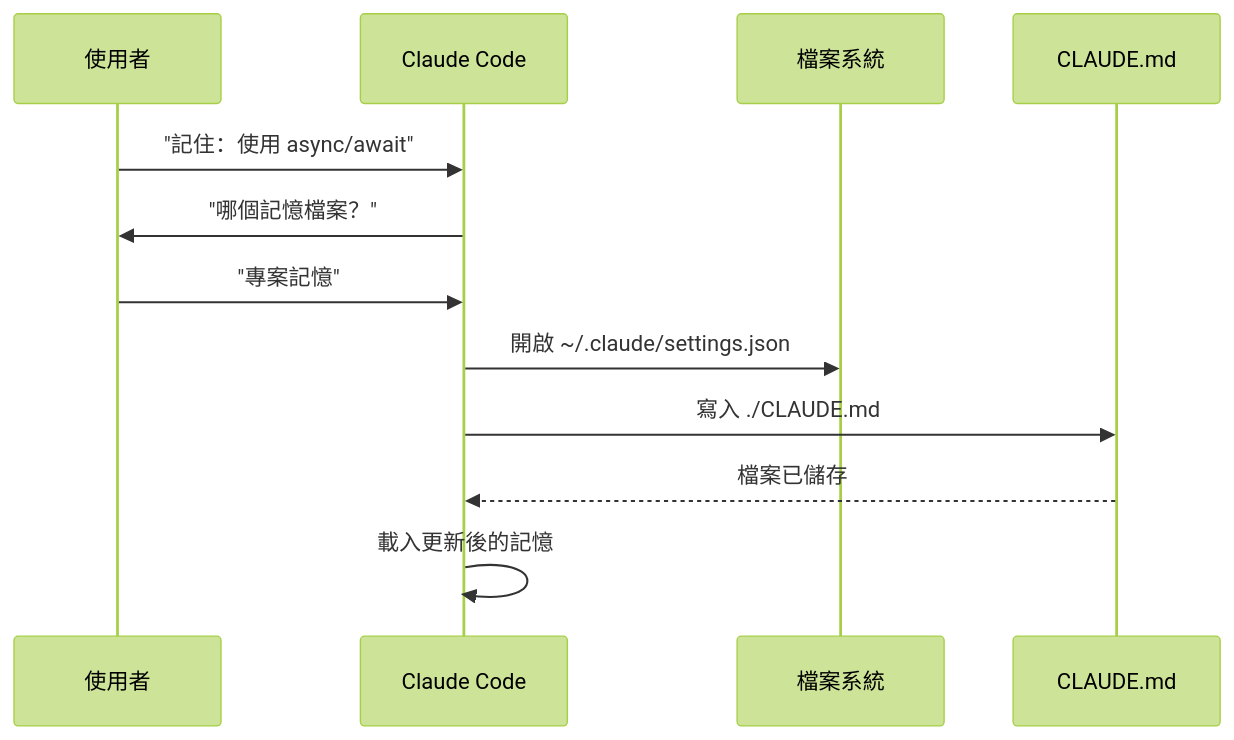
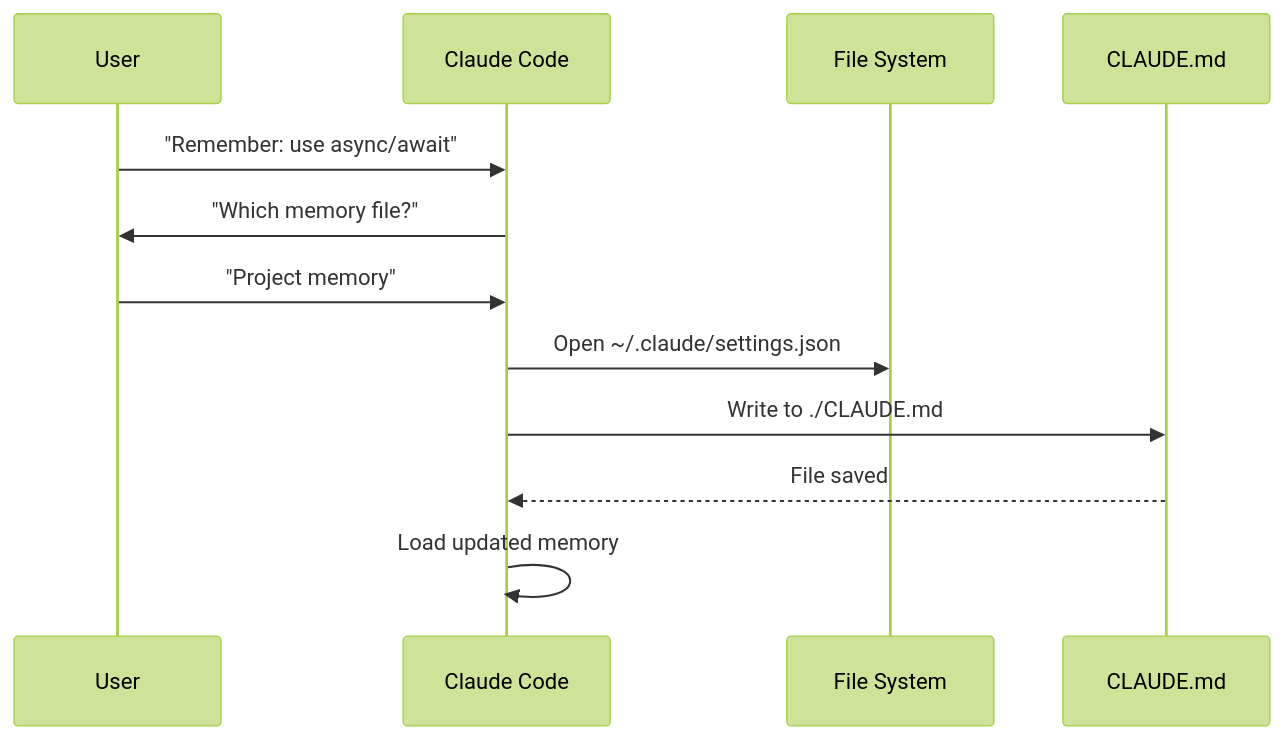
Before and after one commit to huckly/claude-howto-zh-tw: the ninth of 20 diagrams in claude_concepts_guide.md, drawn with Mermaid (forest theme). The commit also changed other lines of this file and 8 other files, not shown here.

````diff
--- a/claude_concepts_guide.md
+++ b/claude_concepts_guide.md
@@ -601,15 +616,15 @@
 ```mermaid
 sequenceDiagram
-    participant 使用者
+    participant User
     participant Claude as Claude Code
-    participant Editor as 檔案系統
+    participant Editor as File System
     participant Memory as CLAUDE.md
 
-    使用者->>Claude: "記住：使用 async/await"
-    Claude->>使用者: "哪個記憶檔案？"
-    使用者->>Claude: "專案記憶"
-    Claude->>Editor: 開啟 ~/.claude/settings.json
-    Claude->>Memory: 寫入 ./CLAUDE.md
-    Memory-->>Claude: 檔案已儲存
-    Claude->>Claude: 載入更新後的記憶
+    User->>Claude: "Remember: use async/await"
+    Claude->>User: "Which memory file?"
+    User->>Claude: "Project memory"
+    Claude->>Editor: Open ~/.claude/settings.json
+    Claude->>Memory: Write to ./CLAUDE.md
+    Memory-->>Claude: File saved
+    Claude->>Claude: Load updated memory
 ```
````
